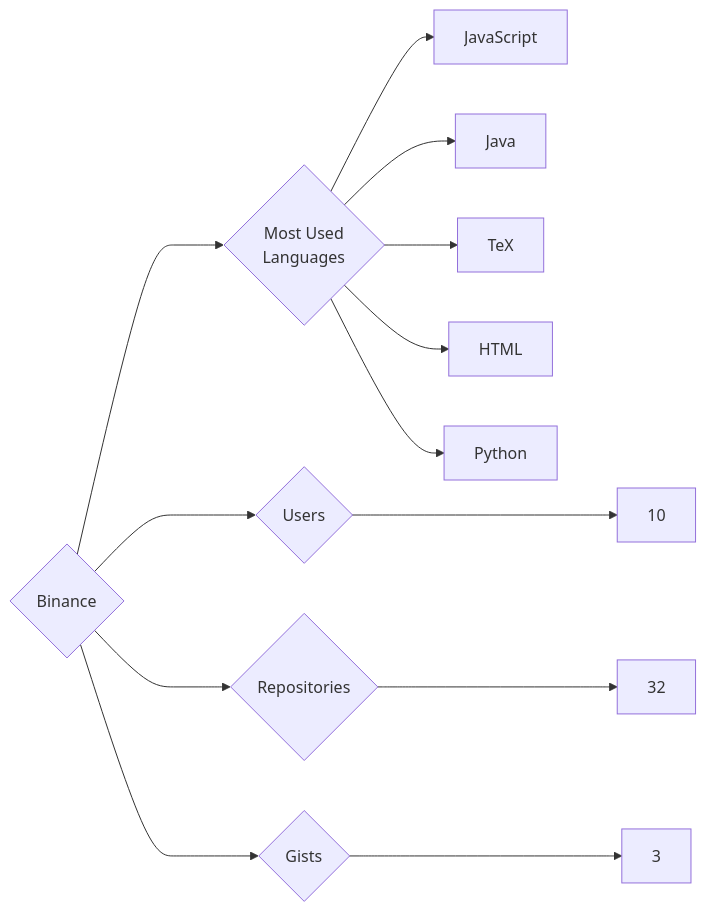
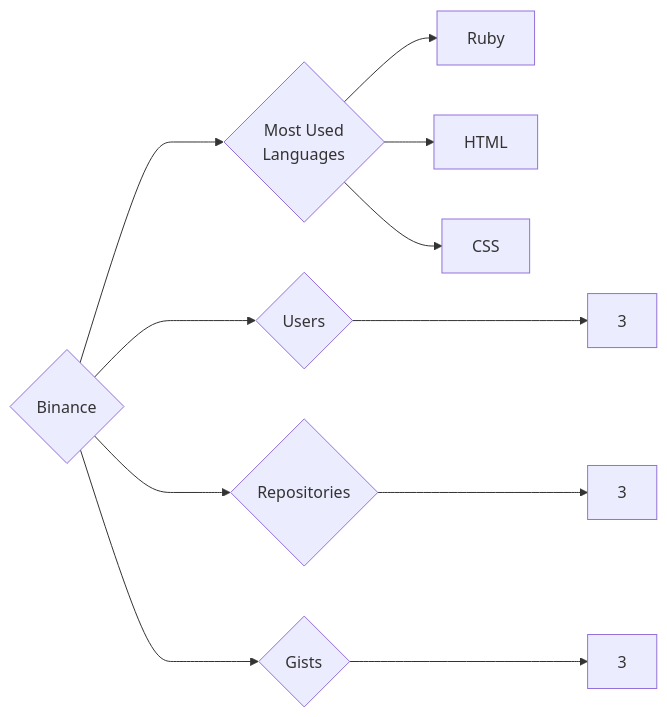
Before and after one commit to trickest/insiders: the diagram in targets/Binance/README.md, drawn with Mermaid. The commit also changed 840 other files, not shown here.

````diff
--- a/targets/Binance/README.md
+++ b/targets/Binance/README.md
@@ -3,13 +3,11 @@
 ```mermaid
 graph LR
 COMPANY_NAME{Binance}
-COMPANY_NAME ---> U{Users} ---> UN[10]
-COMPANY_NAME ---> R{Repositories} ---> RN[32]
+COMPANY_NAME ---> U{Users} ---> UN[3]
+COMPANY_NAME ---> R{Repositories} ---> RN[3]
 COMPANY_NAME ---> G{Gists} ---> GN[3]
 COMPANY_NAME ---> ML{Most Used<br>Languages}
-ML --> JavaScript[JavaScript]
-ML --> Java[Java]
-ML --> TeX[TeX]
+ML --> Ruby[Ruby]
 ML --> HTML[HTML]
-ML --> Python[Python]
+ML --> CSS[CSS]
 ```
````
